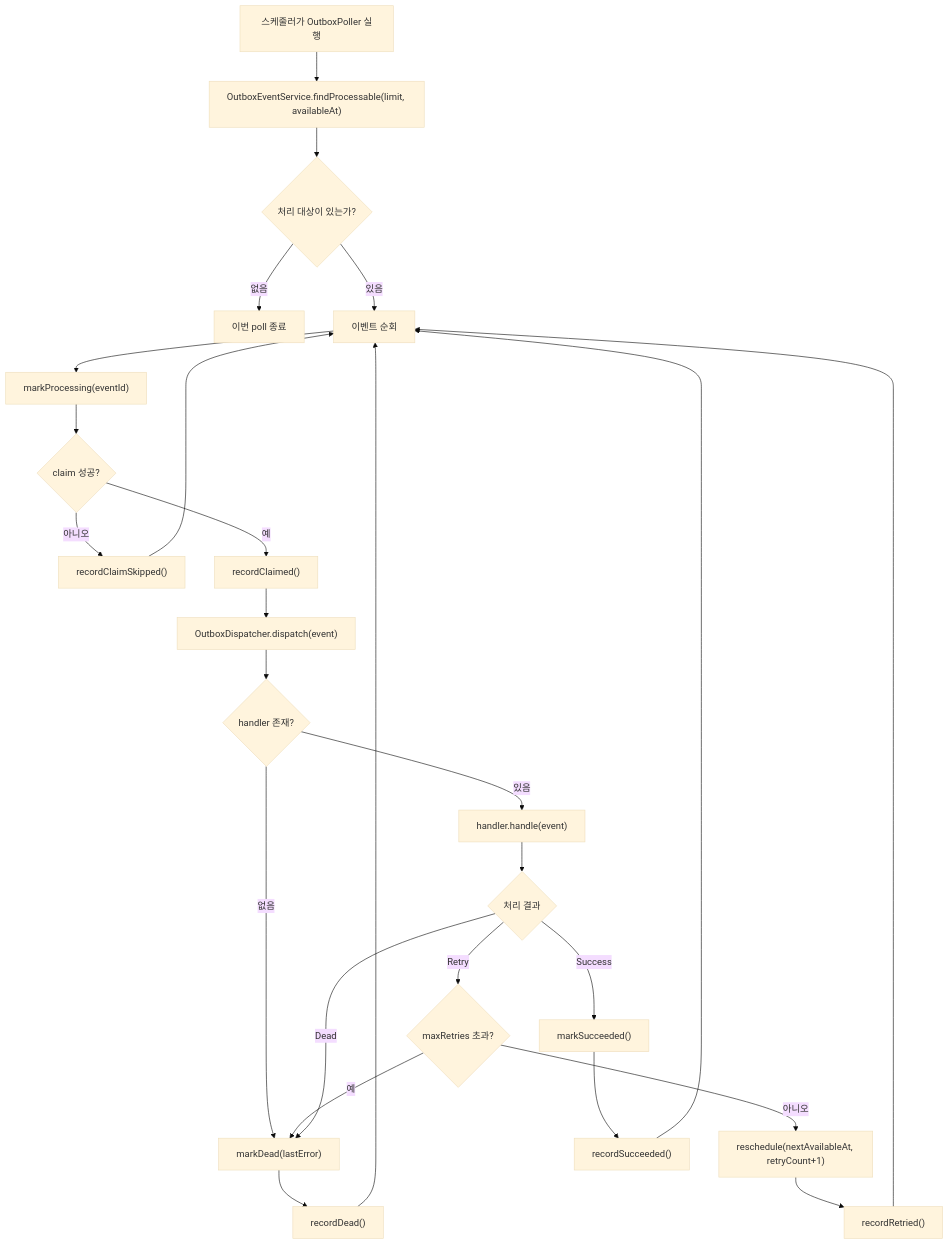
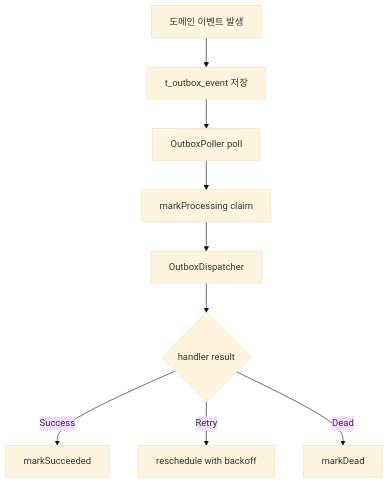
Before and after one commit to char-labs/coupon-system-design-kt: the diagram in coupon/coupon-worker/docs/phase-2-outbox-worker-runtime.md, drawn with Mermaid (base theme). The commit also changed other lines of this file and 12 other files, not shown here.

Commit message:
[Docs] Refresh Kafka and load-test guides for the current issue flow

````diff
--- a/coupon/coupon-worker/docs/phase-2-outbox-worker-runtime.md
+++ b/coupon/coupon-worker/docs/phase-2-outbox-worker-runtime.md
@@ -63,28 +35,11 @@
 ```mermaid
 flowchart TD
-    A["스케줄러가 OutboxPoller 실행"] --> B["OutboxEventService.findProcessable(limit, availableAt)"]
-    B --> C{"처리 대상이 있는가?"}
-    C -- "없음" --> Z["이번 poll 종료"]
-    C -- "있음" --> D["이벤트 순회"]
-    D --> E["markProcessing(eventId)"]
-    E --> F{"claim 성공?"}
-    F -- "아니오" --> G["recordClaimSkipped()"]
-    G --> D
-    F -- "예" --> H["recordClaimed()"]
-    H --> I["OutboxDispatcher.dispatch(event)"]
-    I --> J{"handler 존재?"}
-    J -- "없음" --> K["markDead(lastError)"]
-    J -- "있음" --> L["handler.handle(event)"]
-    L --> M{"처리 결과"}
-    M -- "Success" --> N["markSucceeded()"]
-    M -- "Retry" --> O{"maxRetries 초과?"}
-    O -- "아니오" --> P["reschedule(nextAvailableAt, retryCount+1)"]
-    O -- "예" --> K
-    M -- "Dead" --> K
-    N --> Q["recordSucceeded()"]
-    P --> R["recordRetried()"]
-    K --> S["recordDead()"]
-    Q --> D
-    R --> D
-    S --> D
+    A["도메인 이벤트 발생"] --> B["t_outbox_event 저장"]
+    B --> C["OutboxPoller poll"]
+    C --> D["markProcessing claim"]
+    D --> E["OutboxDispatcher"]
+    E --> F{"handler result"}
+    F -- "Success" --> G["markSucceeded"]
+    F -- "Retry" --> H["reschedule with backoff"]
+    F -- "Dead" --> I["markDead"]
 ```
````
